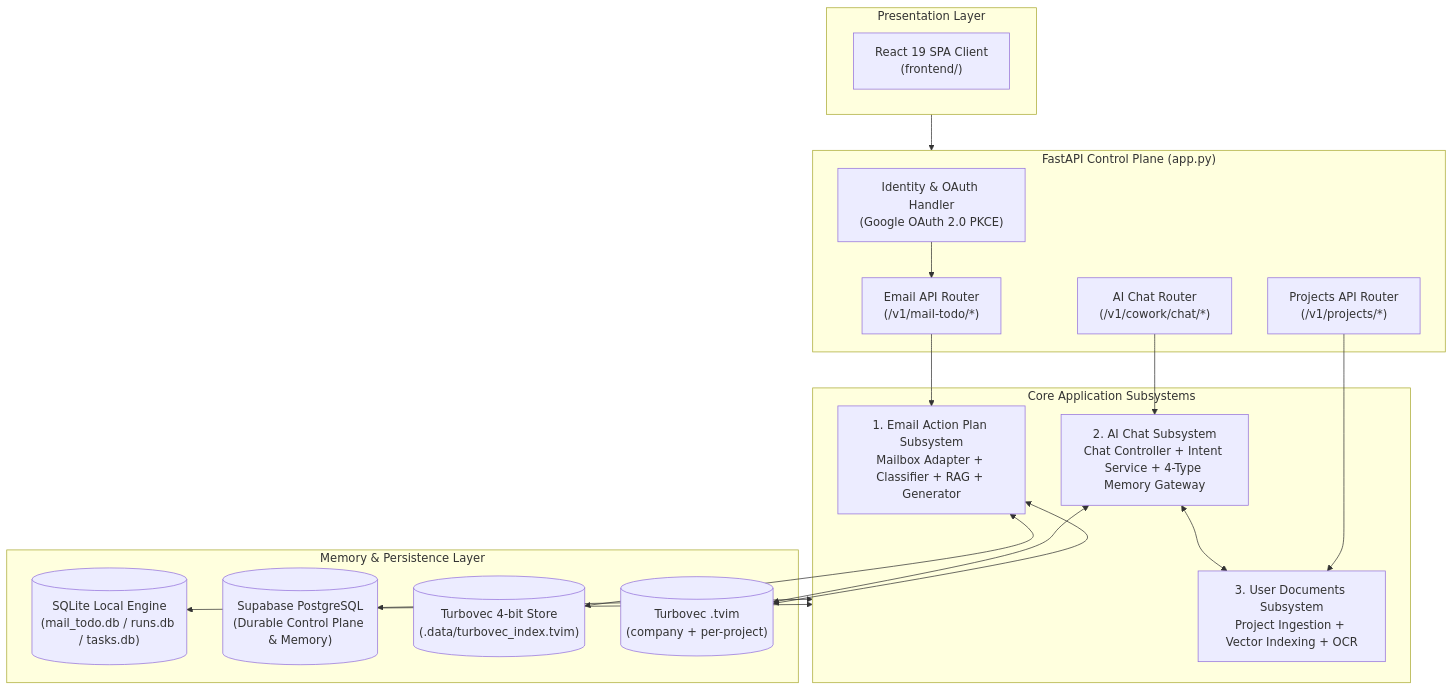
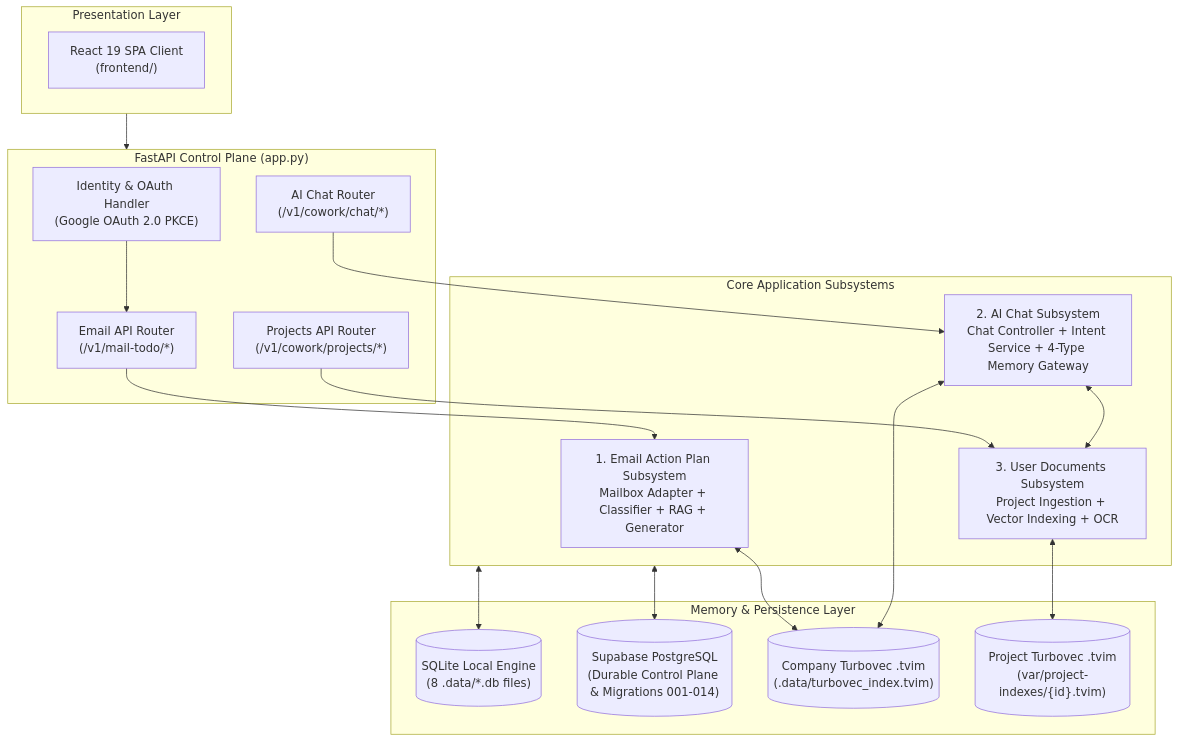
One commit to MathematicGuy/EMAIL-AGENT-v1 changed the diagram in docs/architectures/current-architectures/04-overall-architecture.md. Above: the diagram before and after it, drawn with Mermaid. The commit also changed other lines of this file and 9 other files, not shown here.

````diff
--- a/docs/architectures/current-architectures/04-overall-architecture.md
+++ b/docs/architectures/current-architectures/04-overall-architecture.md
@@ -67,41 +68,41 @@
 ```mermaid
 flowchart TB
     subgraph PRESENTATION["Presentation Layer"]
         REACT["React 19 SPA Client<br/>(frontend/)"]
     end
 
     subgraph CONTROL_PLANE["FastAPI Control Plane (app.py)"]
         AUTH["Identity & OAuth Handler<br/>(Google OAuth 2.0 PKCE)"]
         EMAIL_ROUTER["Email API Router<br/>(/v1/mail-todo/*)"]
         CHAT_ROUTER["AI Chat Router<br/>(/v1/cowork/chat/*)"]
-        PROJECT_ROUTER["Projects API Router<br/>(/v1/projects/*)"]
+        PROJECT_ROUTER["Projects API Router<br/>(/v1/cowork/projects/*)"]
     end
 
     subgraph SUBSYSTEMS["Core Application Subsystems"]
         SUB_EMAIL["1. Email Action Plan Subsystem<br/>Mailbox Adapter + Classifier + RAG + Generator"]
         SUB_CHAT["2. AI Chat Subsystem<br/>Chat Controller + Intent Service + 4-Type Memory Gateway"]
         SUB_DOCS["3. User Documents Subsystem<br/>Project Ingestion + Vector Indexing + OCR"]
     end
 
     subgraph MEMORY_STORES["Memory & Persistence Layer"]
-        DB_LOCAL[("SQLite Local Engine<br/>(mail_todo.db / runs.db / tasks.db)")]
-        DB_PG[("Supabase PostgreSQL<br/>(Durable Control Plane & Memory)")]
-        VEC_TURBO[("Turbovec 4-bit Store<br/>(.data/turbovec_index.tvim)")]
-        VEC_QDRANT[("Turbovec .tvim<br/>(company + per-project)")]
+        DB_LOCAL[("SQLite Local Engine<br/>(8 .data/*.db files)")]
+        DB_PG[("Supabase PostgreSQL<br/>(Durable Control Plane & Migrations 001-014)")]
+        VEC_COMPANY[("Company Turbovec .tvim<br/>(.data/turbovec_index.tvim)")]
+        VEC_PROJECT[("Project Turbovec .tvim<br/>(var/project-indexes/{id}.tvim)")]
     end
 
     PRESENTATION --> CONTROL_PLANE
     AUTH --> EMAIL_ROUTER
     
     EMAIL_ROUTER --> SUB_EMAIL
     CHAT_ROUTER --> SUB_CHAT
     PROJECT_ROUTER --> SUB_DOCS
 
     SUB_CHAT <--> SUB_DOCS
-    SUB_EMAIL <--> VEC_TURBO
-    SUB_EMAIL <--> VEC_QDRANT
-    SUB_CHAT <--> VEC_QDRANT
+    SUB_EMAIL <--> VEC_COMPANY
+    SUB_CHAT <--> VEC_COMPANY
+    SUB_DOCS <--> VEC_PROJECT
 
     SUBSYSTEMS <--> DB_LOCAL
     SUBSYSTEMS <--> DB_PG
 ```
````
